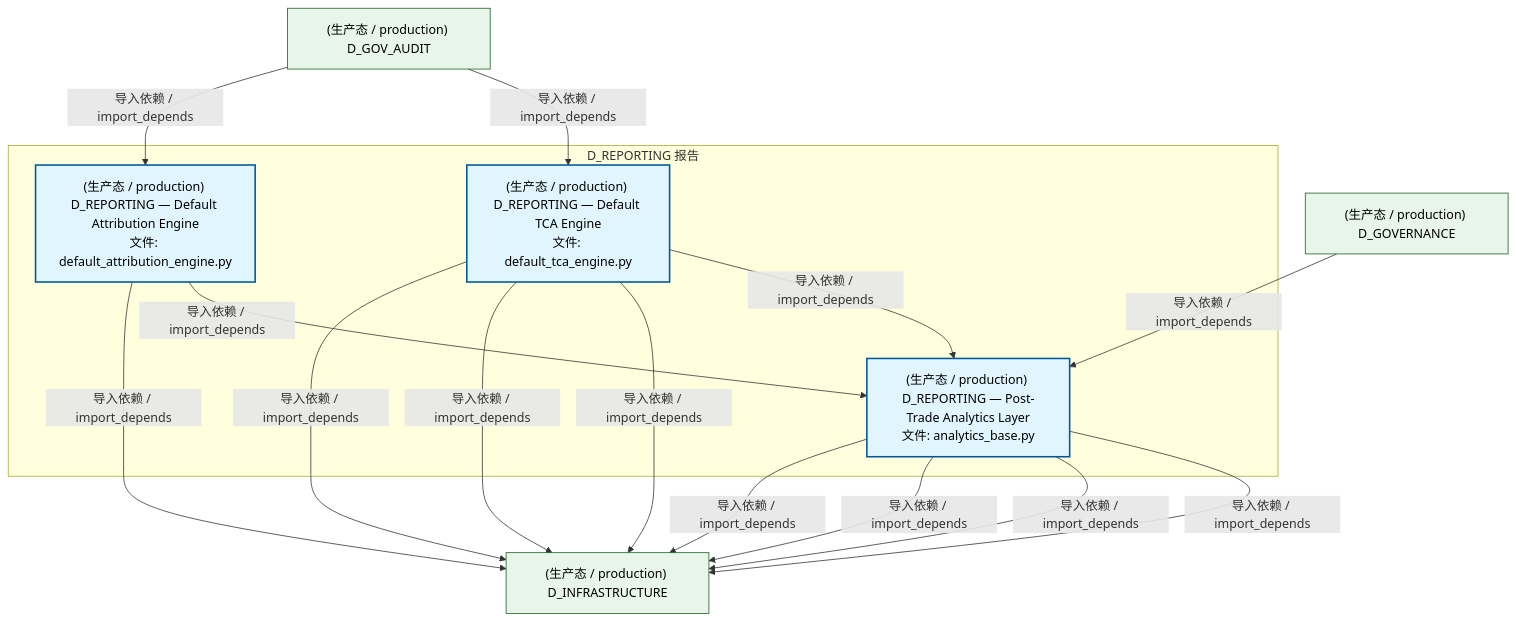
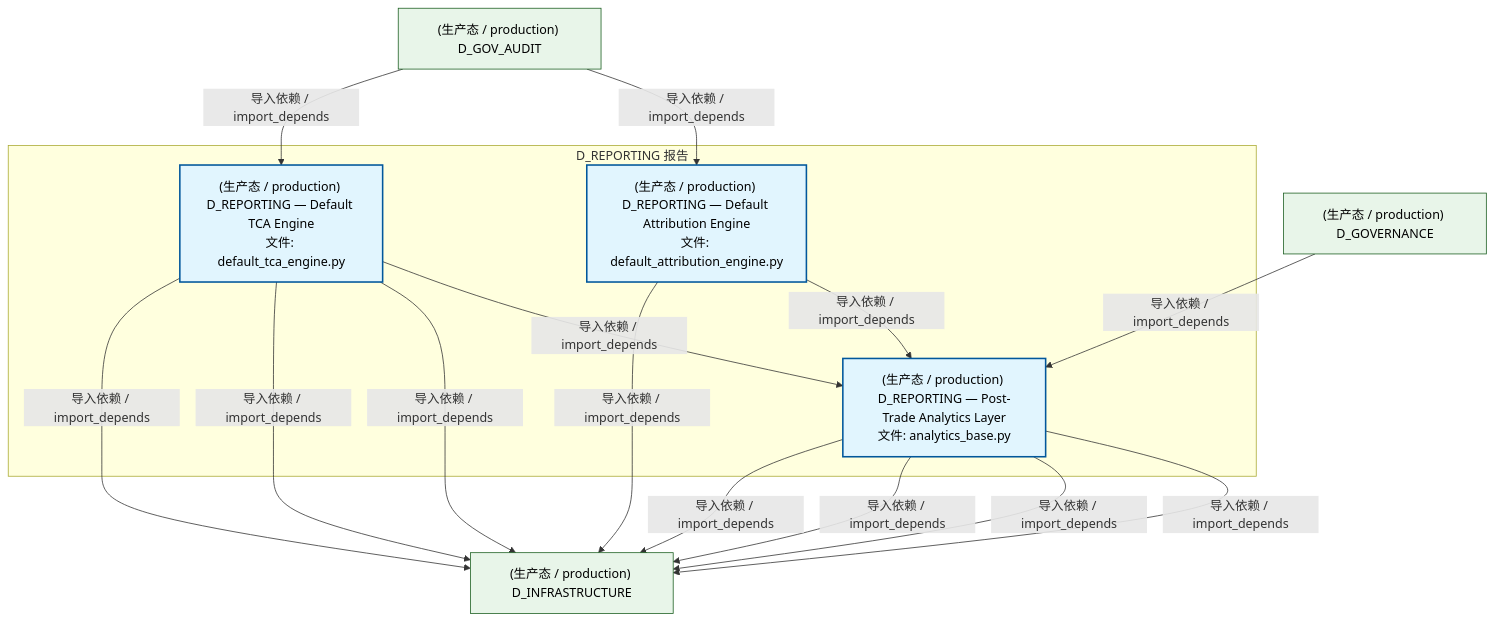
One commit to xuanFelixVan/ZephyrAlpha changed the first of 3 diagrams in docs/02_enterprise_architecture/02_domain_architecture_docs/26_d_reporting.md. Above: the diagram before and after it, drawn with Mermaid. The commit also changed other lines of this file and 48 other files, not shown here.

````diff
--- a/docs/02_enterprise_architecture/02_domain_architecture_docs/26_d_reporting.md
+++ b/docs/02_enterprise_architecture/02_domain_architecture_docs/26_d_reporting.md
@@ -63,30 +63,30 @@
 ```mermaid
 graph TD
     subgraph D_REPORTING["D_REPORTING 报告"]
         src_zephyr_reporting_analytics_base_py["(生产态 / production) D_REPORTING — Post-Trade Analytics Layer<br/>文件: analytics_base.py"]
         src_zephyr_reporting_default_attribution_engine_py["(生产态 / production) D_REPORTING — Default Attribution Engine<br/>文件: default_attribution_engine.py"]
         src_zephyr_reporting_default_tca_engine_py["(生产态 / production) D_REPORTING — Default TCA Engine<br/>文件: default_tca_engine.py"]
     end
+    src_zephyr_reporting_default_attribution_engine_py -->|导入依赖 / import_depends| src_zephyr_reporting_analytics_base_py
     src_zephyr_reporting_default_tca_engine_py -->|导入依赖 / import_depends| src_zephyr_reporting_analytics_base_py
-    src_zephyr_reporting_default_attribution_engine_py -->|导入依赖 / import_depends| src_zephyr_reporting_analytics_base_py
     D_INFRASTRUCTURE["(生产态 / production) D_INFRASTRUCTURE"]
-    src_zephyr_reporting_default_tca_engine_py -->|导入依赖 / import_depends| D_INFRASTRUCTURE
-    src_zephyr_reporting_analytics_base_py -->|导入依赖 / import_depends| D_INFRASTRUCTURE
-    src_zephyr_reporting_default_tca_engine_py -->|导入依赖 / import_depends| D_INFRASTRUCTURE
+    src_zephyr_reporting_default_attribution_engine_py -->|导入依赖 / import_depends| D_INFRASTRUCTURE
     src_zephyr_reporting_analytics_base_py -->|导入依赖 / import_depends| D_INFRASTRUCTURE
     src_zephyr_reporting_analytics_base_py -->|导入依赖 / import_depends| D_INFRASTRUCTURE
     src_zephyr_reporting_analytics_base_py -->|导入依赖 / import_depends| D_INFRASTRUCTURE
-    src_zephyr_reporting_default_attribution_engine_py -->|导入依赖 / import_depends| D_INFRASTRUCTURE
+    src_zephyr_reporting_analytics_base_py -->|导入依赖 / import_depends| D_INFRASTRUCTURE
+    src_zephyr_reporting_default_tca_engine_py -->|导入依赖 / import_depends| D_INFRASTRUCTURE
+    src_zephyr_reporting_default_tca_engine_py -->|导入依赖 / import_depends| D_INFRASTRUCTURE
     src_zephyr_reporting_default_tca_engine_py -->|导入依赖 / import_depends| D_INFRASTRUCTURE
     D_GOV_AUDIT["(生产态 / production) D_GOV_AUDIT"]
-    D_GOV_AUDIT -->|导入依赖 / import_depends| src_zephyr_reporting_default_tca_engine_py
+    D_GOV_AUDIT -->|导入依赖 / import_depends| src_zephyr_reporting_default_attribution_engine_py
     D_GOVERNANCE["(生产态 / production) D_GOVERNANCE"]
     D_GOVERNANCE -->|导入依赖 / import_depends| src_zephyr_reporting_analytics_base_py
-    D_GOV_AUDIT -->|导入依赖 / import_depends| src_zephyr_reporting_default_attribution_engine_py
+    D_GOV_AUDIT -->|导入依赖 / import_depends| src_zephyr_reporting_default_tca_engine_py
     classDef production fill:#e1f5fe,stroke:#01579b,stroke-width:2px,color:#000
     classDef design fill:#fff3e0,stroke:#e65100,stroke-width:2px,color:#000,stroke-dasharray: 5 5
     classDef external_prod fill:#e8f5e9,stroke:#1b5e20,stroke-width:1px,color:#000
     classDef external_design fill:#fce4ec,stroke:#880e4f,stroke-width:1px,color:#000,stroke-dasharray: 5 5
     class src_zephyr_reporting_analytics_base_py,src_zephyr_reporting_default_attribution_engine_py,src_zephyr_reporting_default_tca_engine_py production
     class D_INFRASTRUCTURE,D_GOV_AUDIT,D_GOVERNANCE external_prod
 ```
````
